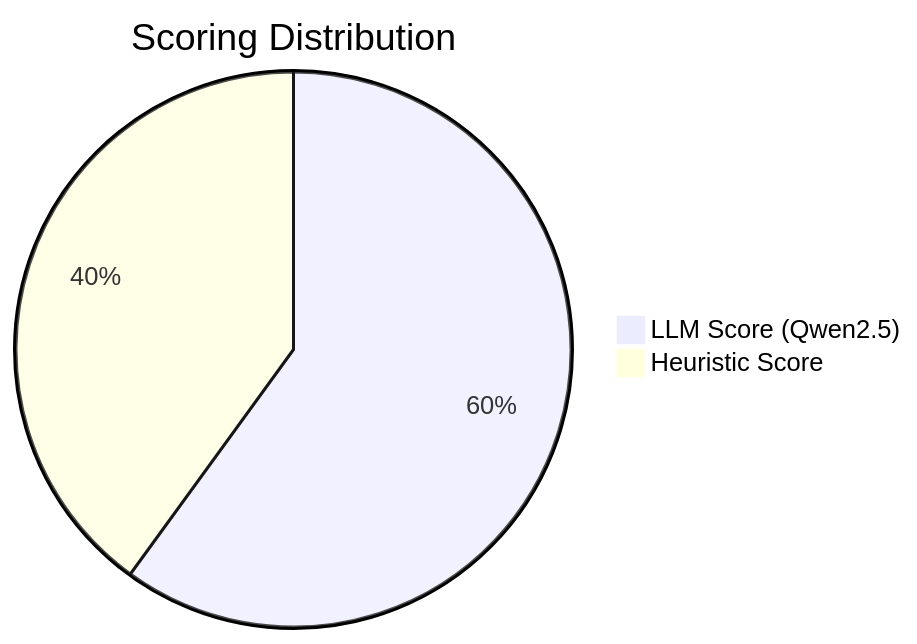
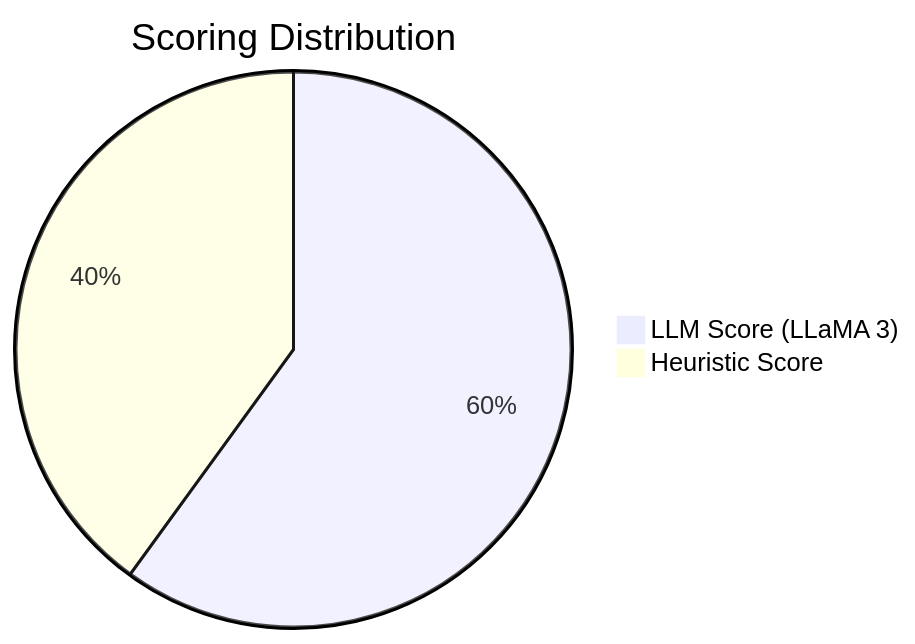
The second of 2 diagrams in README.md (VIKAS9793/ai-interviewer-langchain), drawn with Mermaid before and after one commit. The commit also changed other lines of this file and 4 other files, not shown here.

Commit message:
docs: Final cleanup - Single-Model Architecture + Voice Mode v2.4

````diff
--- a/README.md
+++ b/README.md
@@ -117,5 +119,5 @@
 ```mermaid
 pie title Scoring Distribution
-    "LLM Score (Qwen2.5)" : 60
+    "LLM Score (LLaMA 3)" : 60
     "Heuristic Score" : 40
 ```
````
